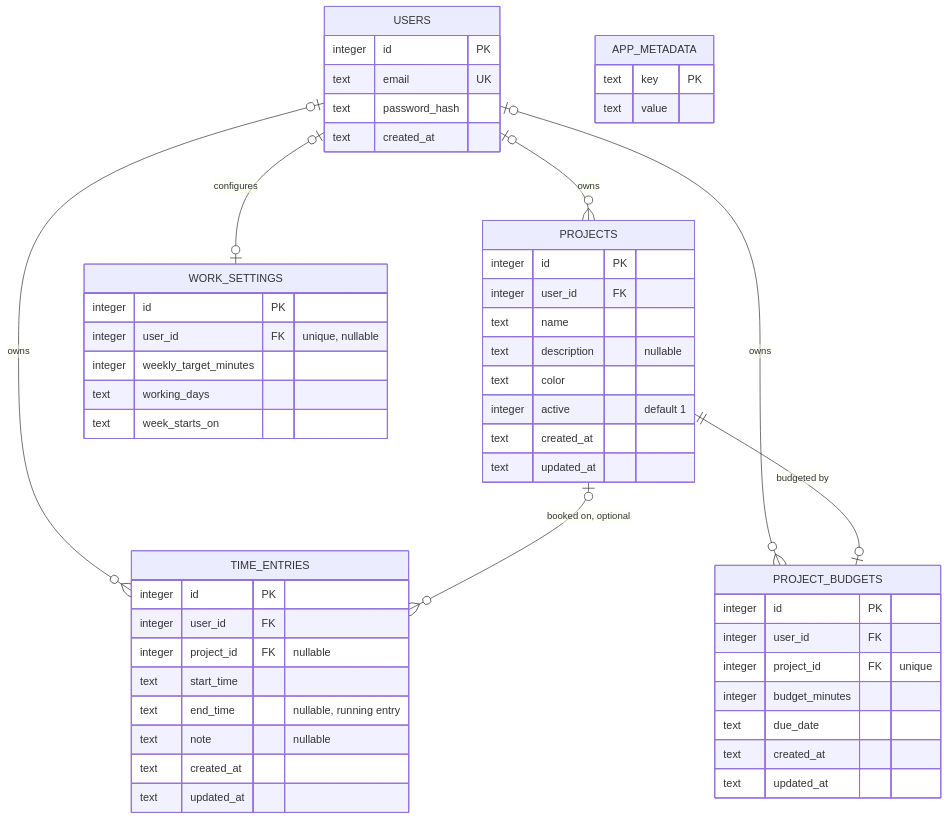
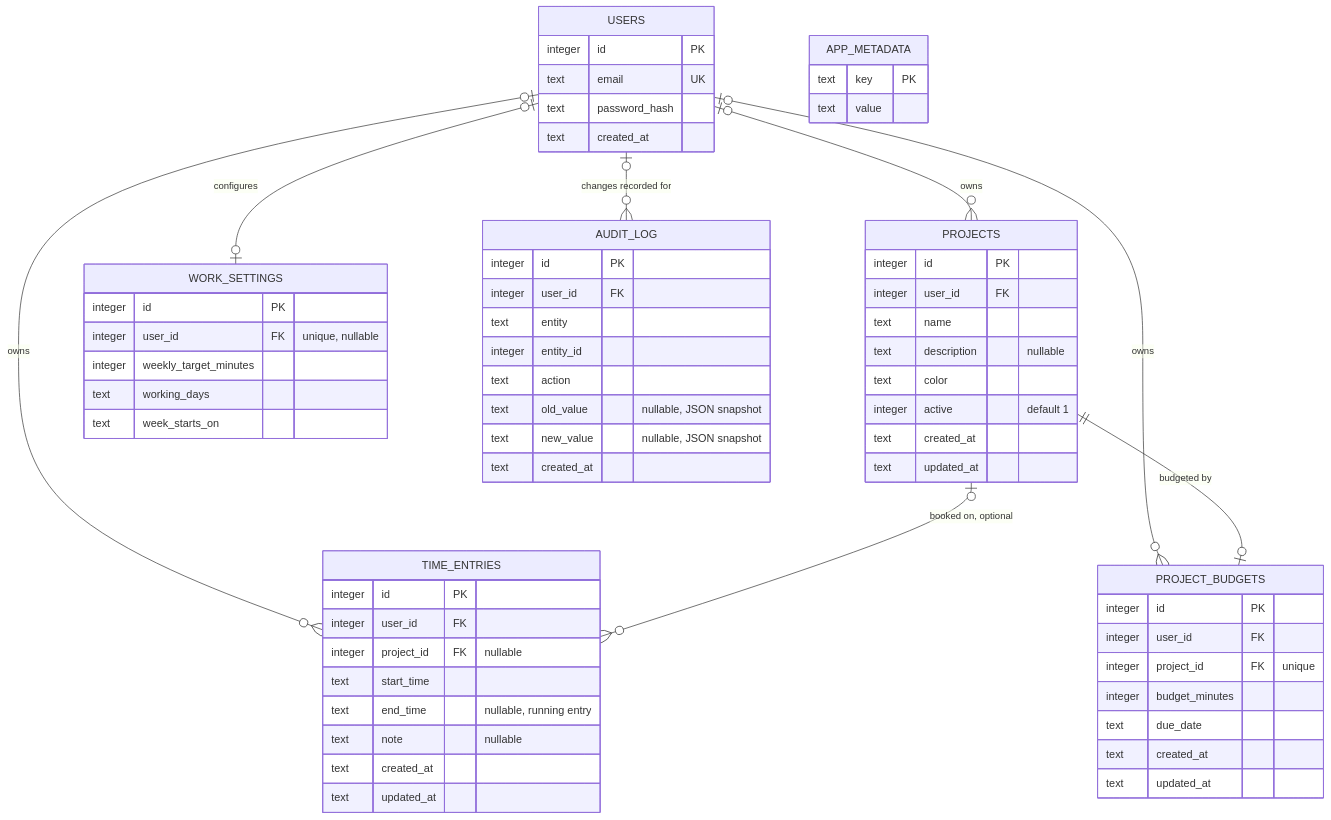
The third of 3 diagrams in docs/data-model.md (serious6/WorkTimeTracker), drawn with Mermaid before and after one commit. The commit also changed other lines of this file and 34 other files, not shown here.

````diff
--- a/docs/data-model.md
+++ b/docs/data-model.md
@@ -79,56 +81,67 @@
 ```mermaid
 erDiagram
   USERS o|--o{ PROJECTS : owns
   USERS o|--o{ TIME_ENTRIES : owns
   USERS o|--o{ PROJECT_BUDGETS : owns
   USERS o|--o| WORK_SETTINGS : configures
+  USERS o|--o{ AUDIT_LOG : "changes recorded for"
   PROJECTS o|--o{ TIME_ENTRIES : "booked on, optional"
   PROJECTS ||--o| PROJECT_BUDGETS : "budgeted by"
 
   USERS {
     integer id PK
     text email UK
     text password_hash
     text created_at
   }
   PROJECTS {
     integer id PK
     integer user_id FK
     text name
     text description "nullable"
     text color
     integer active "default 1"
     text created_at
     text updated_at
   }
   TIME_ENTRIES {
     integer id PK
     integer user_id FK
     integer project_id FK "nullable"
     text start_time
     text end_time "nullable, running entry"
     text note "nullable"
     text created_at
     text updated_at
   }
   PROJECT_BUDGETS {
     integer id PK
     integer user_id FK
     integer project_id FK "unique"
     integer budget_minutes
     text due_date
     text created_at
     text updated_at
   }
   WORK_SETTINGS {
     integer id PK
     integer user_id FK "unique, nullable"
     integer weekly_target_minutes
     text working_days
     text week_starts_on
   }
+  AUDIT_LOG {
+    integer id PK
+    integer user_id FK
+    text entity
+    integer entity_id
+    text action
+    text old_value "nullable, JSON snapshot"
+    text new_value "nullable, JSON snapshot"
+    text created_at
+  }
   APP_METADATA {
     text key PK
     text value
   }
 ```
````
